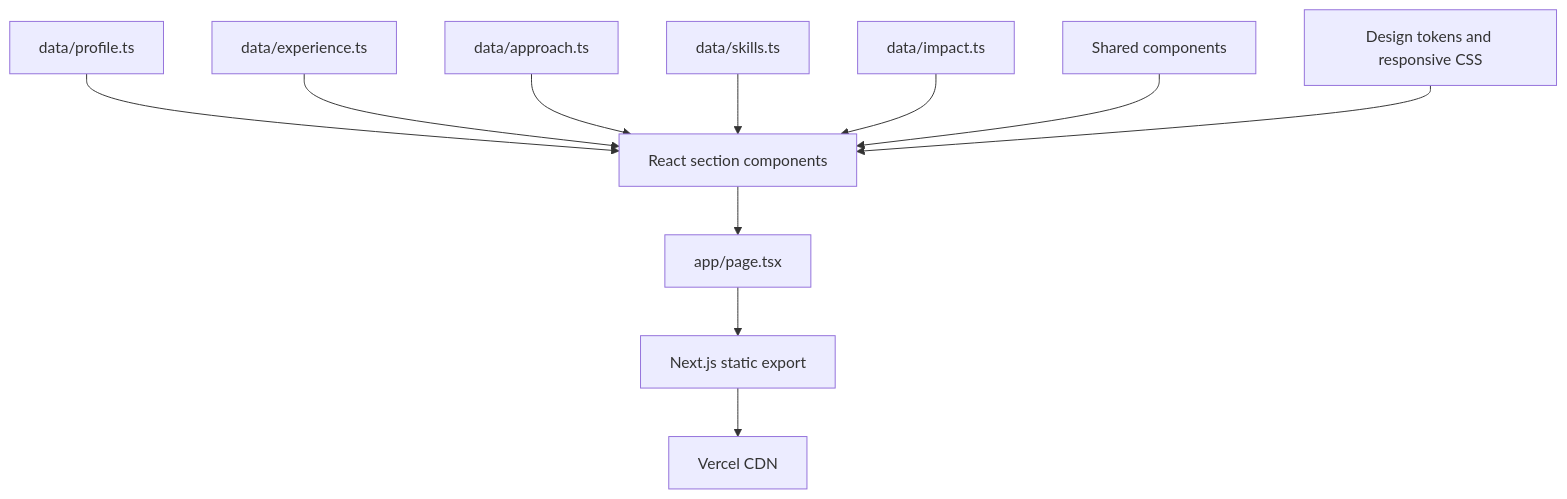
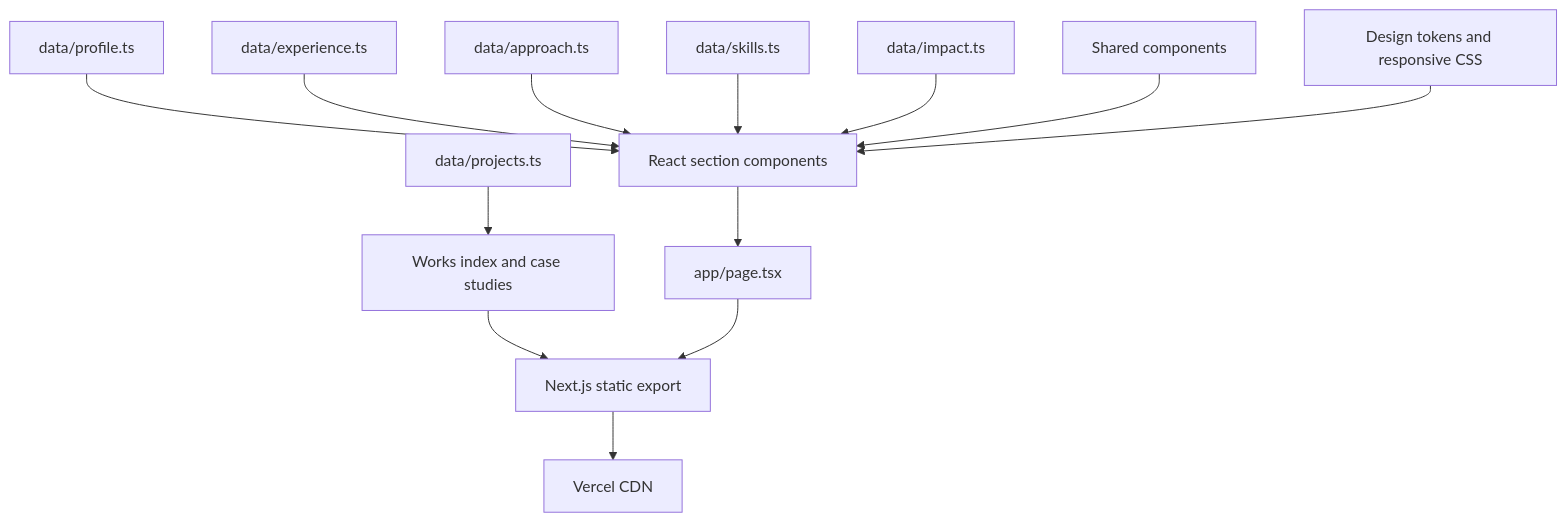
The diagram in docs/architecture.md (CRSD-Lau/Personal-Site), drawn with Mermaid before and after one commit. The commit also changed other lines of this file and 33 other files, not shown here.

Commit message:
feat: add independent Works case study

````diff
--- a/docs/architecture.md
+++ b/docs/architecture.md
@@ -10,20 +10,23 @@
 ```mermaid
 flowchart TD
   Profile["data/profile.ts"]
   Experience["data/experience.ts"]
   Approach["data/approach.ts"]
   Skills["data/skills.ts"]
   Impact["data/impact.ts"]
+  Projects["data/projects.ts"]
 
   Profile --> Sections["React section components"]
   Experience --> Sections
   Approach --> Sections
   Skills --> Sections
   Impact --> Sections
+  Projects --> Works["Works index and case studies"]
 
   Shared["Shared components"] --> Sections
   CSS["Design tokens and responsive CSS"] --> Sections
   Sections --> Page["app/page.tsx"]
+  Works --> Export["Next.js static export"]
   Page --> Export["Next.js static export"]
   Export --> CDN["Vercel CDN"]
 ```
````
